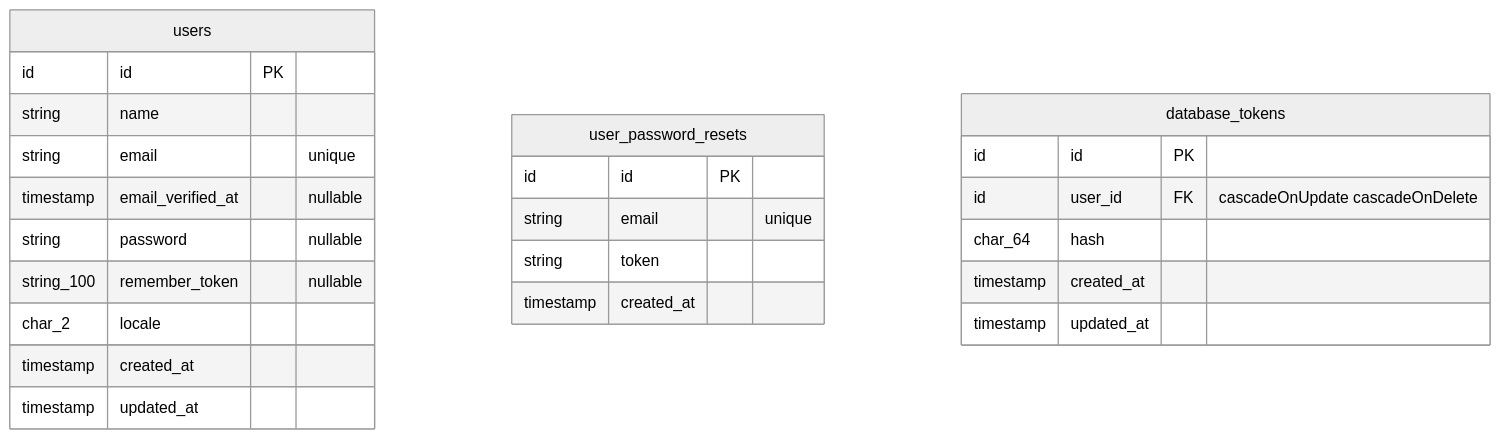
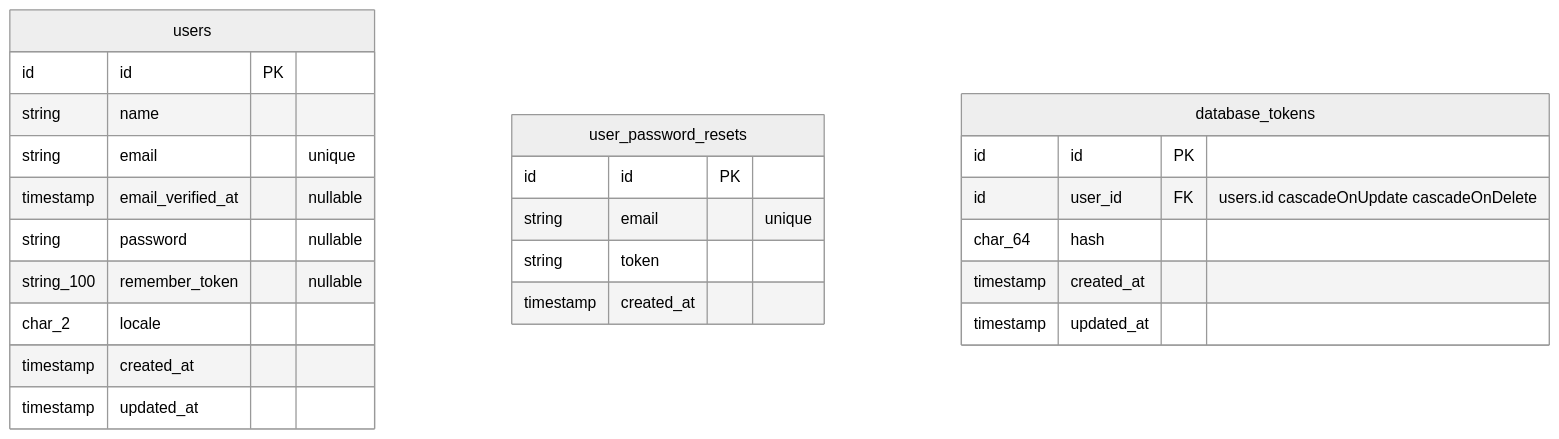
Before and after one commit to tomchochola/laratchi-boilerplate: the diagram in docs/database_schema.md, drawn with Mermaid (neutral theme).

Commit message:
Update database schema

````diff
--- a/docs/database_schema.md
+++ b/docs/database_schema.md
@@ -3,30 +3,30 @@
 ```mermaid
 erDiagram
 
 users {
   id id PK
   string name
   string email "unique"
   timestamp email_verified_at "nullable"
   string password "nullable"
   string_100 remember_token "nullable"
   char_2 locale
   timestamp created_at
   timestamp updated_at
 }
 
 user_password_resets {
   id id PK
   string email "unique"
   string token
   timestamp created_at
 }
 
 database_tokens {
   id id PK
-  id user_id FK "cascadeOnUpdate cascadeOnDelete"
+  id user_id FK "users.id cascadeOnUpdate cascadeOnDelete"
   char_64 hash
   timestamp created_at
   timestamp updated_at
 }
 ```
````
